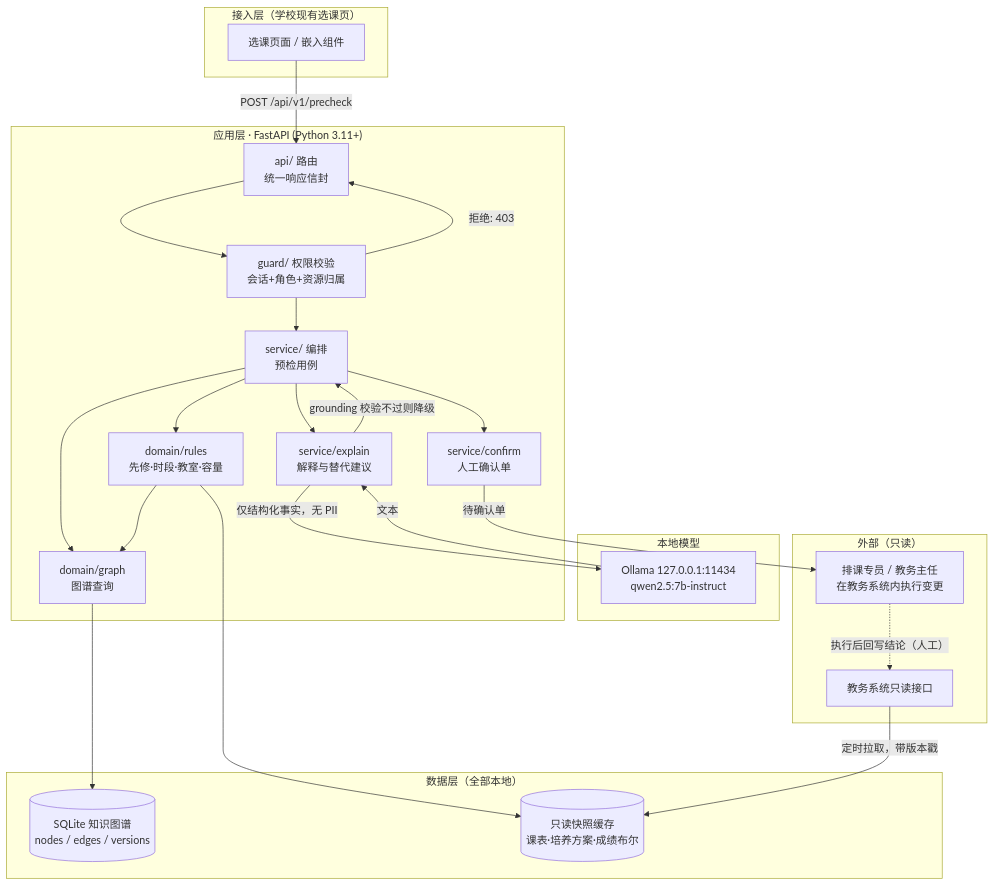
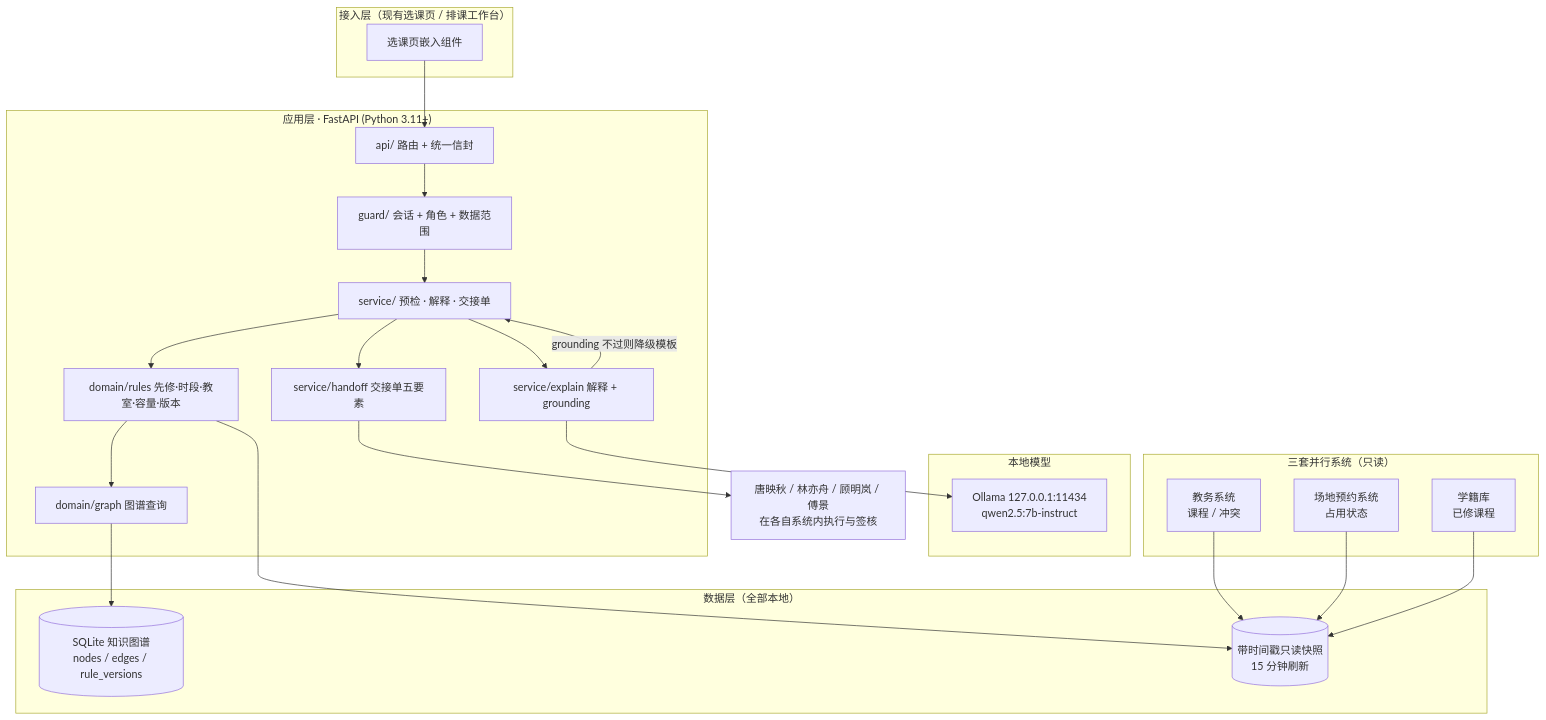
One commit to Fr4nk-ciuu/FDE-assignmaent changed the diagram in docs/技术方案.md. Above: the diagram before and after it, drawn with Mermaid. The commit also changed other lines of this file and 2 other files, not shown here.

````diff
--- a/docs/技术方案.md
+++ b/docs/技术方案.md
@@ -115,48 +149,43 @@
 ```mermaid
 flowchart TB
-    subgraph CLIENT["接入层（学校现有选课页）"]
-        UI["选课页面 / 嵌入组件"]
+    subgraph CLIENT["接入层（现有选课页 / 排课工作台）"]
+        UI["选课页嵌入组件"]
     end
 
     subgraph APP["应用层 · FastAPI (Python 3.11+)"]
-        API["api/ 路由<br/>统一响应信封"]
-        AUTH["guard/ 权限校验<br/>会话+角色+资源归属"]
-        SVC["service/ 编排<br/>预检用例"]
-        RULE["domain/rules<br/>先修·时段·教室·容量"]
-        KGQ["domain/graph<br/>图谱查询"]
-        EXP["service/explain<br/>解释与替代建议"]
-        CONF["service/confirm<br/>人工确认单"]
+        API["api/ 路由 + 统一信封"]
+        AUTH["guard/ 会话 + 角色 + 数据范围"]
+        SVC["service/ 预检 · 解释 · 交接单"]
+        RULE["domain/rules 先修·时段·教室·容量·版本"]
+        KGQ["domain/graph 图谱查询"]
+        EXP["service/explain 解释 + grounding"]
+        CONF["service/handoff 交接单五要素"]
     end
 
     subgraph DATA["数据层（全部本地）"]
-        KGS[("SQLite 知识图谱<br/>nodes / edges / versions")]
-        CACHE[("只读快照缓存<br/>课表·培养方案·成绩布尔")]
+        KGS[("SQLite 知识图谱<br/>nodes / edges / rule_versions")]
+        SNAP[("带时间戳只读快照<br/>15 分钟刷新")]
     end
 
     subgraph LOCAL["本地模型"]
         OLLAMA["Ollama 127.0.0.1:11434<br/>qwen2.5:7b-instruct"]
     end
 
-    subgraph EXT["外部（只读）"]
-        EDU["教务系统只读接口"]
-        HUMAN["排课专员 / 教务主任<br/>在教务系统内执行变更"]
+    subgraph EXT["三套并行系统（只读）"]
+        EDU["教务系统<br/>课程 / 冲突"]
+        ROOM["场地预约系统<br/>占用状态"]
+        SIS["学籍库<br/>已修课程"]
     end
 
-    UI -->|"POST /api/v1/precheck"| API
-    API --> AUTH
-    AUTH -->|"拒绝: 403"| API
-    AUTH --> SVC
-    SVC --> RULE
-    SVC --> KGQ
-    RULE --> KGQ
-    KGQ --> KGS
-    RULE --> CACHE
-    SVC --> EXP
-    EXP -->|"仅结构化事实，无 PII"| OLLAMA
-    OLLAMA -->|"文本"| EXP
-    EXP -->|"grounding 校验不过则降级"| SVC
-    SVC --> CONF
-    CONF -->|"待确认单"| HUMAN
-    HUMAN -.->|"执行后回写结论（人工）"| EDU
-    EDU -->|"定时拉取，带版本戳"| CACHE
+    HUMAN["唐映秋 / 林亦舟 / 顾明岚 / 傅景<br/>在各自系统内执行与签核"]
+
+    UI --> API --> AUTH --> SVC
+    SVC --> RULE --> KGQ --> KGS
+    RULE --> SNAP
+    SVC --> EXP --> OLLAMA
+    EXP -->|"grounding 不过则降级模板"| SVC
+    SVC --> CONF --> HUMAN
+    EDU --> SNAP
+    ROOM --> SNAP
+    SIS --> SNAP
 ```
````
